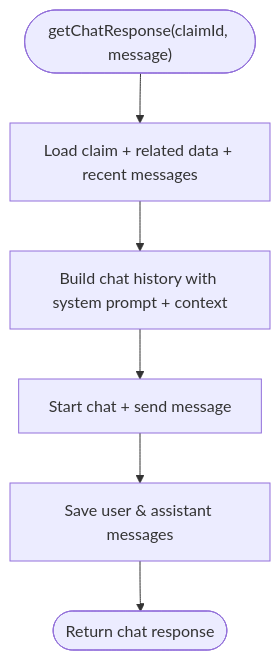
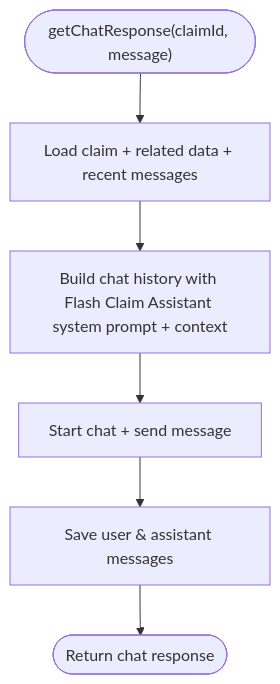
Before and after one commit to NaveenHiranya/Smart-Vehicle-Insurance-Claim-System: the ninth of 10 diagrams in .qoder/repowiki/en/content/AI Services Integration/AI Services Integration.md, drawn with Mermaid. The commit also changed other lines of this file and 13 other files, not shown here.

````diff
--- a/.qoder/repowiki/en/content/AI Services Integration/AI Services Integration.md
+++ b/.qoder/repowiki/en/content/AI Services Integration/AI Services Integration.md
@@ -264,8 +273,8 @@
 ```mermaid
 flowchart TD
 Start(["getChatResponse(claimId, message)"]) --> LoadCtx["Load claim + related data + recent messages"]
-LoadCtx --> BuildHistory["Build chat history with system prompt + context"]
+LoadCtx --> BuildHistory["Build chat history with Flash Claim Assistant system prompt + context"]
 BuildHistory --> Chat["Start chat + send message"]
 Chat --> SaveMsgs["Save user & assistant messages"]
 SaveMsgs --> End(["Return chat response"])
 ```
````
